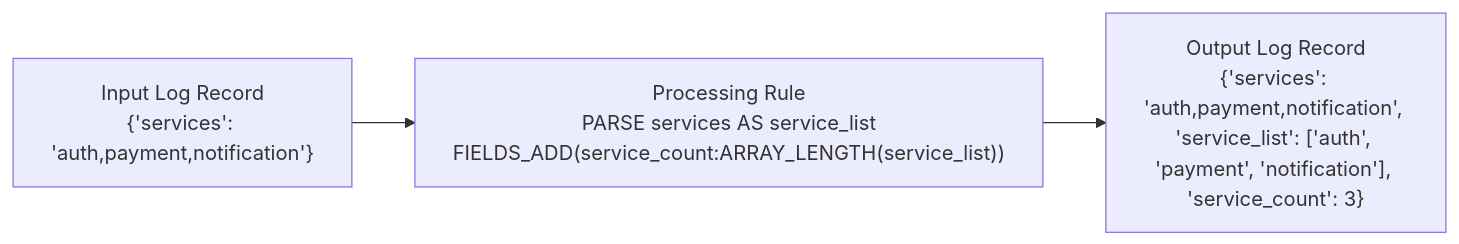
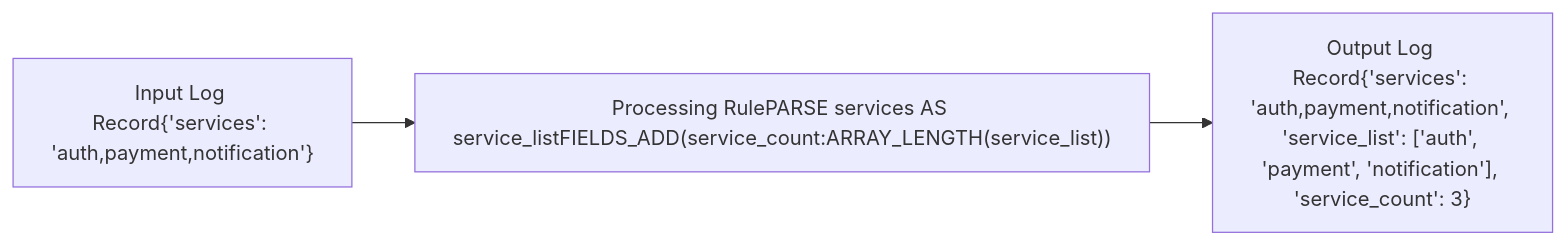
Diagram 11 of 18 in app/courses/01-log-monitoring/sections/05-create-log-processing-rules/content.md (Marc-Nueno-Montolio/EC_onsite), drawn with Mermaid before and after one commit. The commit also changed other lines of this file and 7 other files, not shown here.

````diff
--- a/app/courses/01-log-monitoring/sections/05-create-log-processing-rules/content.md
+++ b/app/courses/01-log-monitoring/sections/05-create-log-processing-rules/content.md
@@ -153,7 +159,7 @@
-	```mermaid
-	graph LR
-	    id1["Input Log Record<br>{'services': 'auth,payment,notification'}"] -->
-	    id2["Processing Rule<br>PARSE services AS service_list<br>FIELDS_ADD(service_count:ARRAY_LENGTH(service_list))"] -->
-	    id3["Output Log Record<br>{'services': 'auth,payment,notification', 'service_list': ['auth', 'payment', 'notification'], 'service_count': 3}"]
-	
-	```
+```mermaid
+graph LR
+	id1["Input Log Record{'services': 'auth,payment,notification'}"] -->
+	id2["Processing RulePARSE services AS service_listFIELDS_ADD(service_count:ARRAY_LENGTH(service_list))"] -->
+	id3["Output Log Record{'services': 'auth,payment,notification', 'service_list': ['auth', 'payment', 'notification'], 'service_count': 3}"]
+
+```
````
